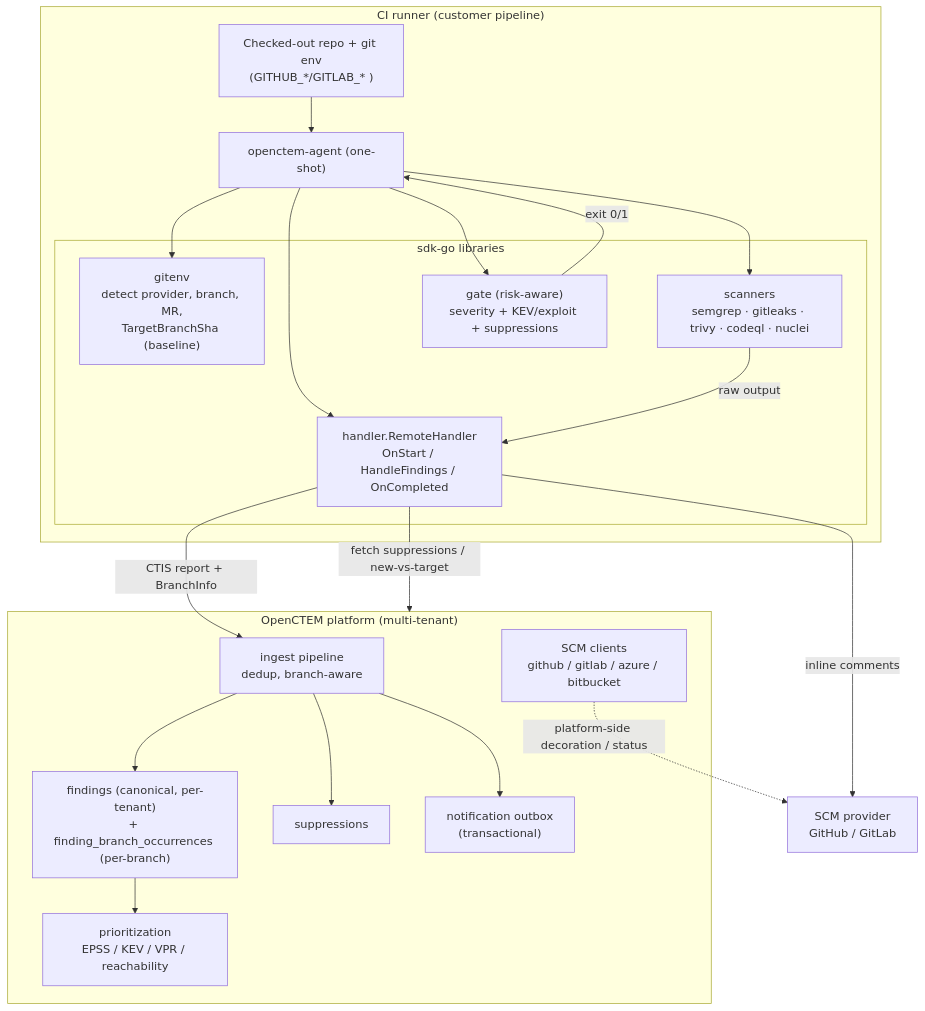
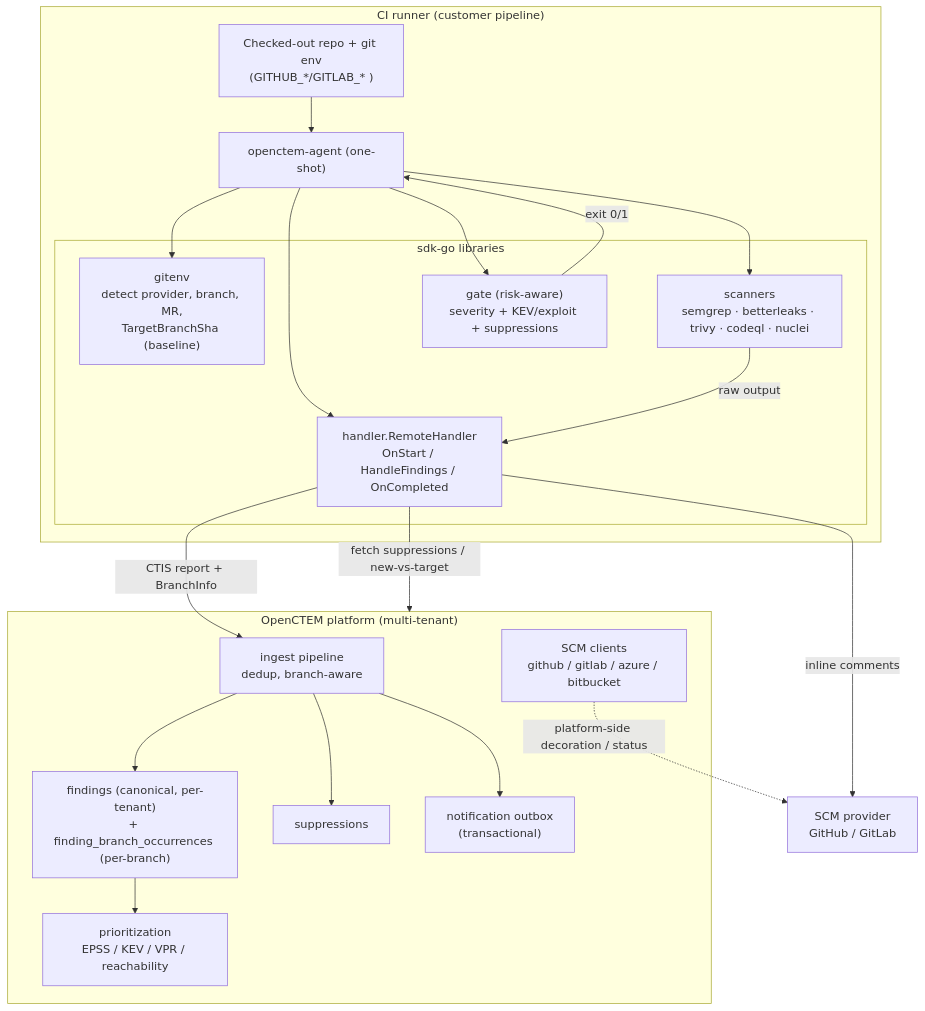
The first of 3 diagrams in docs/architecture/shift-left-ci-scanning.md (openctemio/api), drawn with Mermaid before and after one commit. The commit also changed other lines of this file and 73 other files, not shown here.

First line of the commit message:
feat(scanners): Betterleaks replaces gitleaks as the secret scanner (RFC-027)

````diff
--- a/docs/architecture/shift-left-ci-scanning.md
+++ b/docs/architecture/shift-left-ci-scanning.md
@@ -16,36 +16,36 @@
 ```mermaid
 graph TD
   subgraph CI["CI runner (customer pipeline)"]
     SRC["Checked-out repo + git env<br/>(GITHUB_*/GITLAB_* )"]
     AG["openctem-agent (one-shot)"]
     subgraph SDK["sdk-go libraries"]
       GE["gitenv<br/>detect provider, branch, MR,<br/>TargetBranchSha (baseline)"]
       HD["handler.RemoteHandler<br/>OnStart / HandleFindings / OnCompleted"]
-      SC["scanners<br/>semgrep · gitleaks · trivy · codeql · nuclei"]
+      SC["scanners<br/>semgrep · betterleaks · trivy · codeql · nuclei"]
       GT["gate (risk-aware)<br/>severity + KEV/exploit + suppressions"]
     end
     AG --> GE & HD & SC & GT
   end
 
   subgraph API["OpenCTEM platform (multi-tenant)"]
     IN["ingest pipeline<br/>dedup, branch-aware"]
     FD["findings (canonical, per-tenant)<br/>+ finding_branch_occurrences (per-branch)"]
     PR["prioritization<br/>EPSS / KEV / VPR / reachability"]
     SUP["suppressions"]
     OBX["notification outbox<br/>(transactional)"]
     SCMC["SCM clients<br/>github / gitlab / azure / bitbucket"]
   end
 
   GIT["SCM provider<br/>GitHub / GitLab"]
 
   SRC --> AG
   SC -->|raw output| HD
   HD -->|CTIS report + BranchInfo| IN
   IN --> FD --> PR
   IN --> SUP
   IN --> OBX
   HD -->|fetch suppressions / new-vs-target| API
   GT -->|exit 0/1| AG
   HD -->|inline comments| GIT
   SCMC -.->|platform-side decoration / status| GIT
 ```
````
